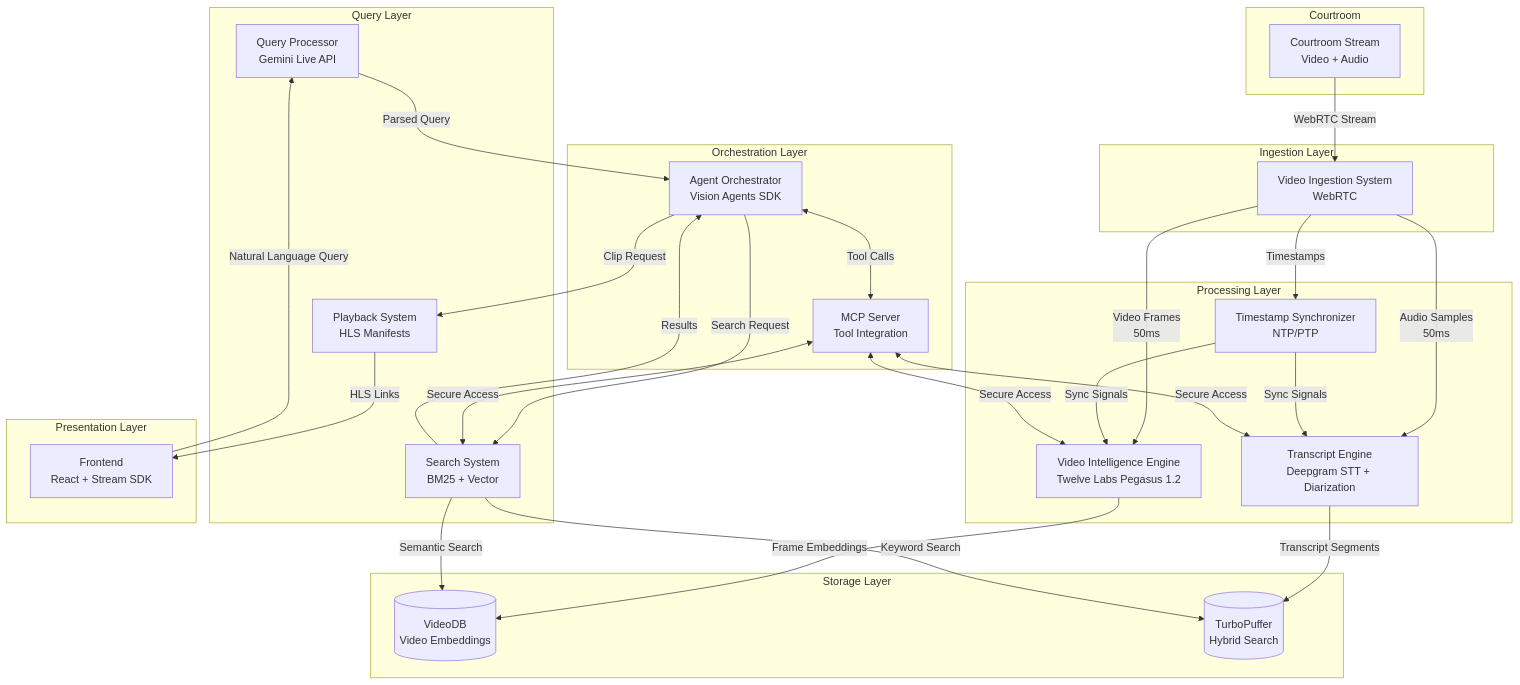
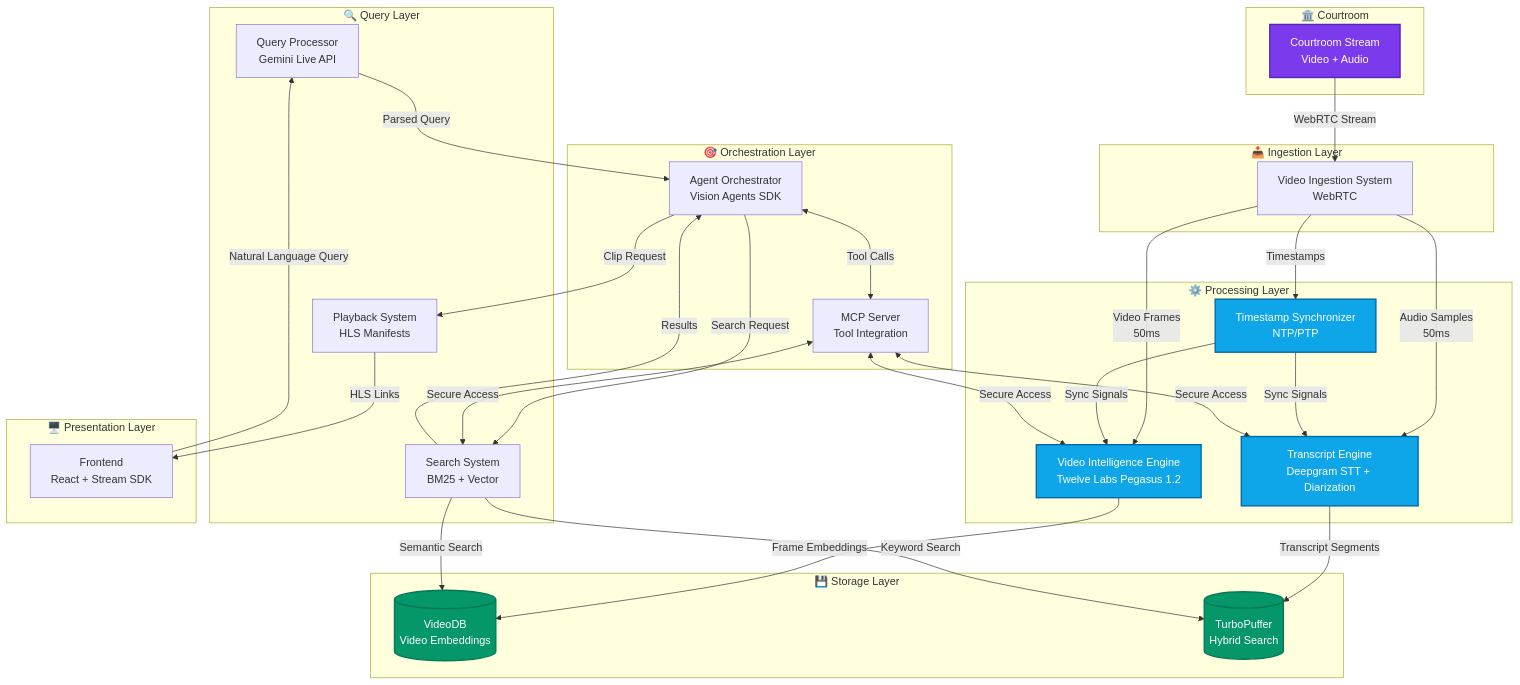
One commit to Keerthivasan-Venkitajalam/Courtroom-Video-Analyzer-Agent changed the diagram in README.md. Above: the diagram before and after it, drawn with Mermaid. The commit also changed other lines of this file, not shown here.

````diff
--- a/README.md
+++ b/README.md
@@ -66,60 +69,67 @@
 ```mermaid
 graph TB
-    subgraph "Courtroom"
+    subgraph "🏛️ Courtroom"
         CS[Courtroom Stream<br/>Video + Audio]
     end
     
-    subgraph "Ingestion Layer"
+    subgraph "📥 Ingestion Layer"
         VIS[Video Ingestion System<br/>WebRTC]
     end
     
-    subgraph "Processing Layer"
+    subgraph "⚙️ Processing Layer"
         VIE[Video Intelligence Engine<br/>Twelve Labs Pegasus 1.2]
         TE[Transcript Engine<br/>Deepgram STT + Diarization]
         TS[Timestamp Synchronizer<br/>NTP/PTP]
     end
     
-    subgraph "Storage Layer"
+    subgraph "💾 Storage Layer"
         VDB[(VideoDB<br/>Video Embeddings)]
         TP[(TurboPuffer<br/>Hybrid Search)]
     end
     
-    subgraph "Query Layer"
+    subgraph "🔍 Query Layer"
         QP[Query Processor<br/>Gemini Live API]
         SS[Search System<br/>BM25 + Vector]
         PS[Playback System<br/>HLS Manifests]
     end
     
-    subgraph "Orchestration Layer"
+    subgraph "🎯 Orchestration Layer"
         AO[Agent Orchestrator<br/>Vision Agents SDK]
         MCP[MCP Server<br/>Tool Integration]
     end
     
-    subgraph "Presentation Layer"
+    subgraph "🖥️ Presentation Layer"
         FE[Frontend<br/>React + Stream SDK]
     end
     
     CS -->|WebRTC Stream| VIS
     VIS -->|Video Frames<br/>50ms| VIE
     VIS -->|Audio Samples<br/>50ms| TE
     VIS -->|Timestamps| TS
     
     VIE -->|Frame Embeddings| VDB
     TE -->|Transcript Segments| TP
     TS -->|Sync Signals| VIE
     TS -->|Sync Signals| TE
     
     FE -->|Natural Language Query| QP
     QP -->|Parsed Query| AO
     AO -->|Search Request| SS
     SS -->|Keyword Search| TP
     SS -->|Semantic Search| VDB
     SS -->|Results| AO
     AO -->|Clip Request| PS
     PS -->|HLS Links| FE
     
     AO <-->|Tool Calls| MCP
     MCP <-->|Secure Access| VIE
     MCP <-->|Secure Access| TE
     MCP <-->|Secure Access| SS
+    
+    classDef courtroom fill:#7c3aed,stroke:#5b21b6,stroke-width:2px,color:#fff;
+    classDef processing fill:#0ea5e9,stroke:#0369a1,stroke-width:2px,color:#fff;
+    classDef storage fill:#059669,stroke:#047857,stroke-width:2px,color:#fff;
+    class CS courtroom;
+    class VIE,TE,TS processing;
+    class VDB,TP storage;
 ```
````
